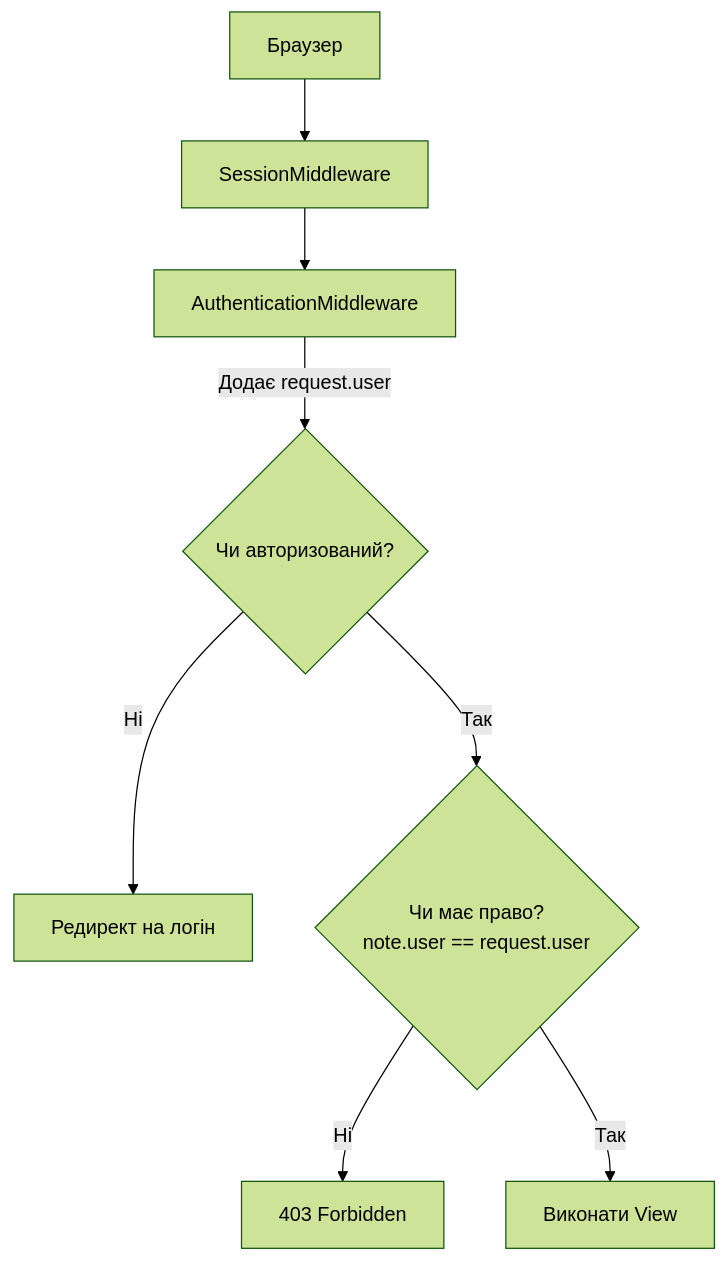
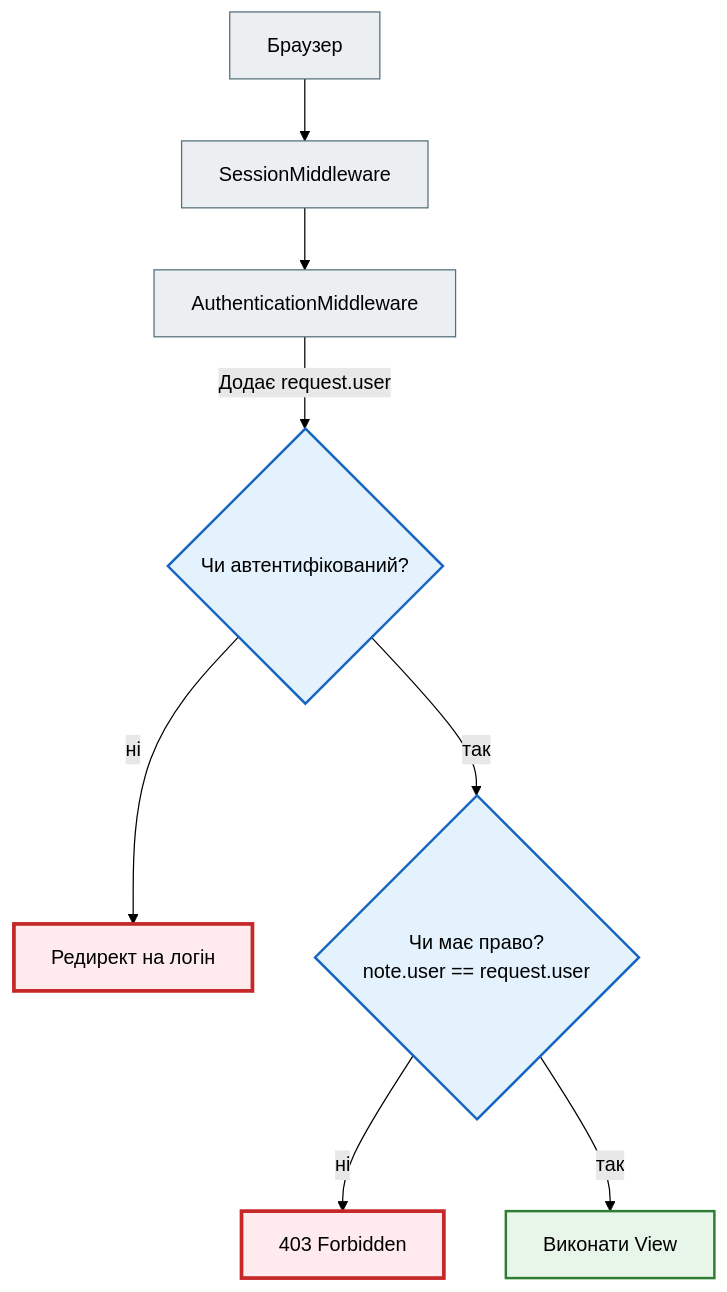
The second of 2 diagrams in docs/07_auth_and_security/auth_basics_full.md (NikoriakViktot/notes_chat_app), drawn with Mermaid (forest theme) before and after one commit. The commit also changed other lines of this file and 441 other files, not shown here.

First line of the commit message:
Add English version of the book, Mermaid standard, docs fixes

````diff
--- a/docs/07_auth_and_security/auth_basics_full.md
+++ b/docs/07_auth_and_security/auth_basics_full.md
@@ -135,10 +144,19 @@
 ```mermaid
 graph TD
     A[Браузер] --> B[SessionMiddleware]
     B --> C[AuthenticationMiddleware]
-    C -->|Додає request.user| D{Чи авторизований?}
-    D -- Ні --> E[Редирект на логін]
-    D -- Так --> F{Чи має право? <br> note.user == request.user}
-    F -- Ні --> G[403 Forbidden]
-    F -- Так --> H[Виконати View]
+    C -->|Додає request.user| D{Чи автентифікований?}
+    D -- ні --> E[Редирект на логін]
+    D -- так --> F{Чи має право? <br> note.user == request.user}
+    F -- ні --> G[403 Forbidden]
+    F -- так --> H[Виконати View]
+
+    classDef step     fill:#eceff1,stroke:#546e7a,stroke-width:1px;
+    classDef decision fill:#e3f2fd,stroke:#1565c0,stroke-width:2px;
+    classDef success  fill:#e8f5e9,stroke:#2e7d32,stroke-width:2px;
+    classDef error    fill:#ffebee,stroke:#c62828,stroke-width:3px;
+    class A,B,C step;
+    class D,F decision;
+    class H success;
+    class E,G error;
 ```
````
